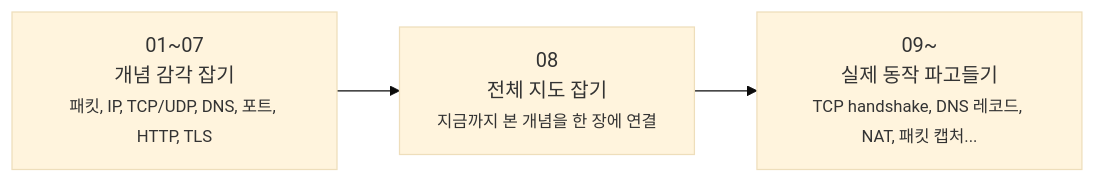
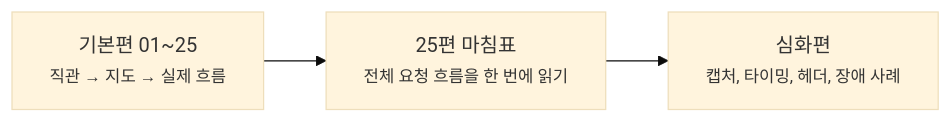
Before and after one commit to kmj8843/blog: the diagram in docs/Network/index.md, drawn with Mermaid (base theme). The commit also changed other lines of this file and 31 other files, not shown here.

````diff
--- a/docs/Network/index.md
+++ b/docs/Network/index.md
@@ -57,8 +56,8 @@
 ```mermaid
 flowchart LR
-    A[01~07<br/>개념 감각 잡기<br/><small>패킷, IP, TCP/UDP, DNS, 포트, HTTP, TLS</small>]
-    B[08<br/>전체 지도 잡기<br/><small>지금까지 본 개념을 한 장에 연결</small>]
-    C[09~<br/>실제 동작 파고들기<br/><small>TCP handshake, DNS 레코드, NAT, 패킷 캡처...</small>]
+    A[기본편 01~25<br/><small>직관 → 지도 → 실제 흐름</small>]
+    B[25편 마침표<br/><small>전체 요청 흐름을 한 번에 읽기</small>]
+    C[심화편<br/><small>캡처, 타이밍, 헤더, 장애 사례</small>]
 
     A --> B --> C
 ```
````
